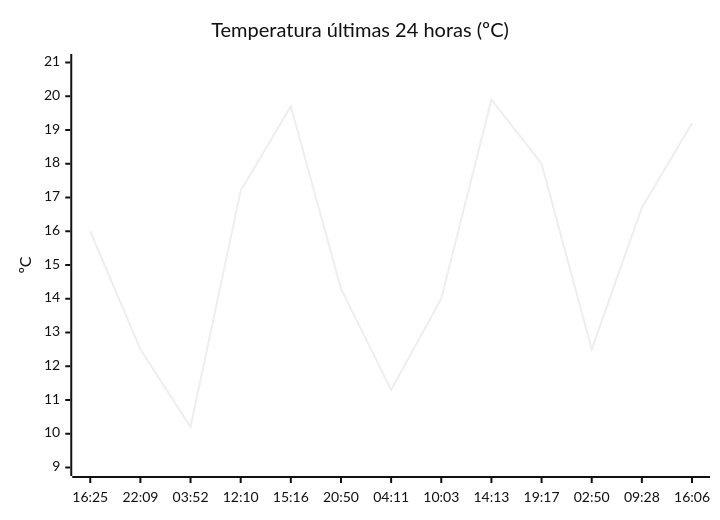
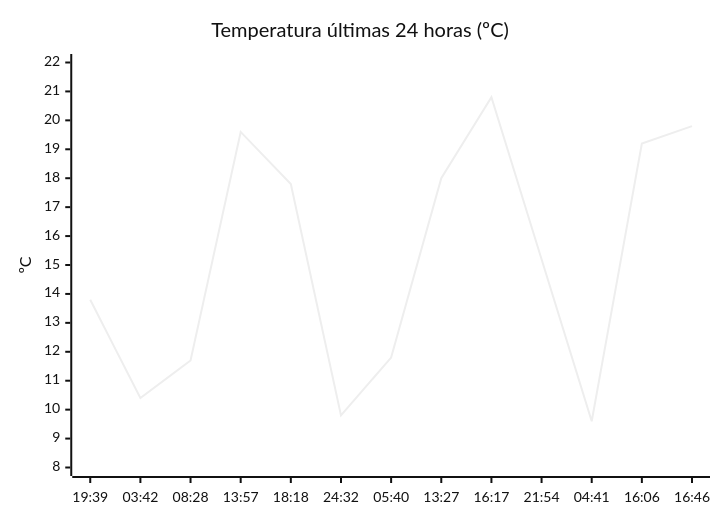
The diagram in README.md (solidsnk86/rem-scrap), drawn with Mermaid (neutral theme) before and after one commit. The commit also changed other lines of this file, not shown here.

````diff
--- a/README.md
+++ b/README.md
@@ -36,7 +36,7 @@
 ```mermaid
 xychart-beta
     title "Temperatura últimas 24 horas (ºC)"
-    x-axis ["16:25", "22:09", "03:52", "12:10", "15:16", "20:50", "04:11", "10:03", "14:13", "19:17", "02:50", "09:28", "16:06"]
-    y-axis "ºC" 9 --> 21
-    line [16, 12.5, 10.2, 17.2, 19.7, 14.3, 11.3, 14, 19.9, 18, 12.5, 16.7, 19.2]
+    x-axis ["19:39", "03:42", "08:28", "13:57", "18:18", "24:32", "05:40", "13:27", "16:17", "21:54", "04:41", "16:06", "16:46"]
+    y-axis "ºC" 8 --> 22
+    line [13.8, 10.4, 11.7, 19.6, 17.8, 9.8, 11.8, 18, 20.8, 15.2, 9.6, 19.2, 19.8]
 ```
````
